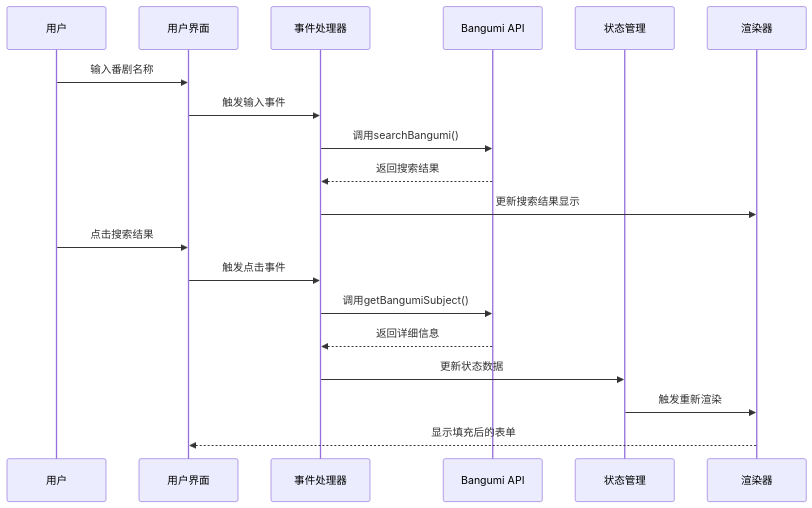
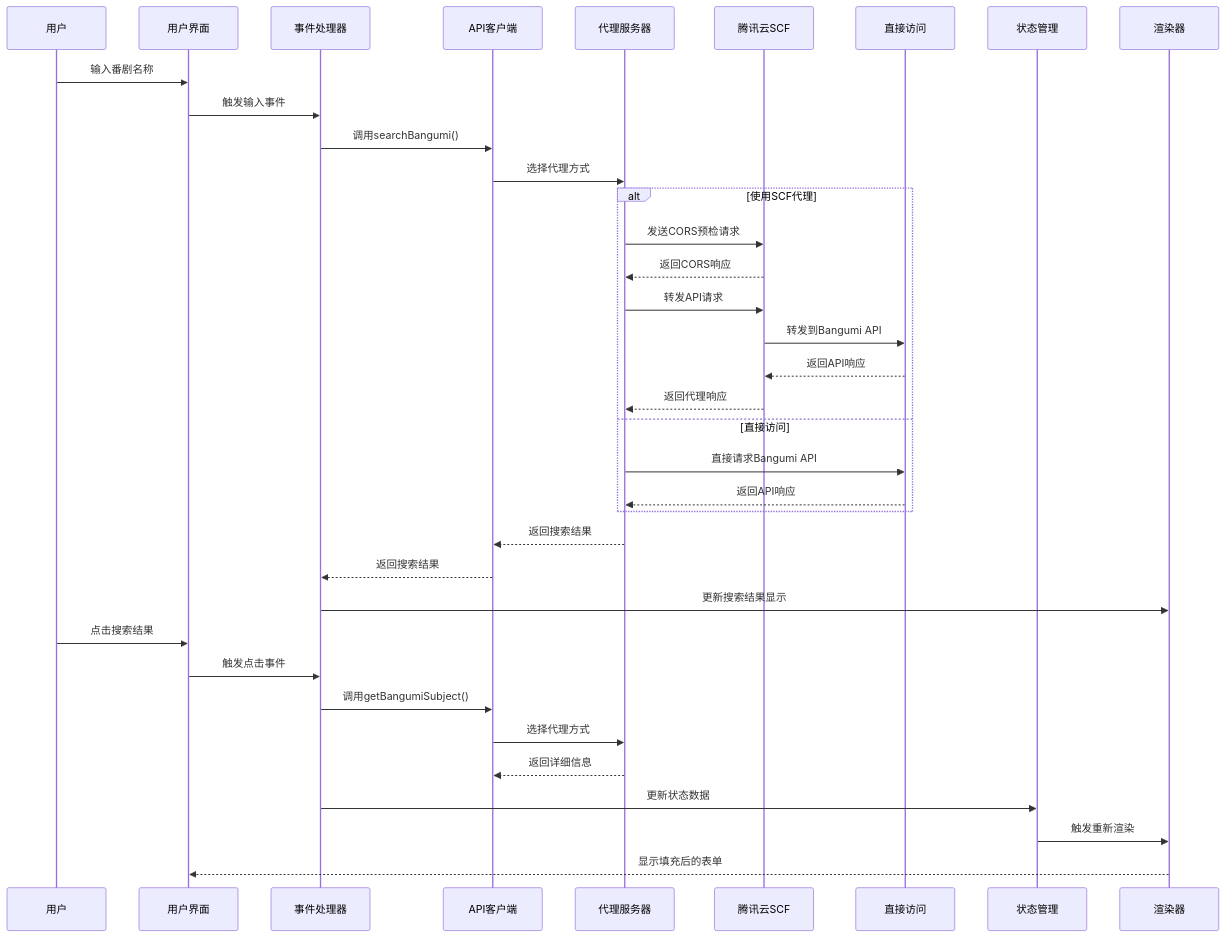
The second of 12 diagrams in .qoder/repowiki/zh/content/核心功能模块/Bangumi API集成.md (KAGUYA284/anima-list), drawn with Mermaid before and after one commit. The commit also changed other lines of this file and 17 other files, not shown here.

````diff
--- a/.qoder/repowiki/zh/content/核心功能模块/Bangumi API集成.md
+++ b/.qoder/repowiki/zh/content/核心功能模块/Bangumi API集成.md
@@ -109,21 +131,38 @@
 ```mermaid
 sequenceDiagram
 participant User as 用户
 participant UI as 用户界面
 participant Events as 事件处理器
-participant API as Bangumi API
+participant API as API客户端
+participant Proxy as 代理服务器
+participant SCF as 腾讯云SCF
+participant Direct as 直接访问
 participant Store as 状态管理
 participant Renderer as 渲染器
 User->>UI : 输入番剧名称
 UI->>Events : 触发输入事件
 Events->>API : 调用searchBangumi()
+API->>Proxy : 选择代理方式
+alt 使用SCF代理
+Proxy->>SCF : 发送CORS预检请求
+SCF-->>Proxy : 返回CORS响应
+Proxy->>SCF : 转发API请求
+SCF->>Direct : 转发到Bangumi API
+Direct-->>SCF : 返回API响应
+SCF-->>Proxy : 返回代理响应
+else 直接访问
+Proxy->>Direct : 直接请求Bangumi API
+Direct-->>Proxy : 返回API响应
+end
+Proxy-->>API : 返回搜索结果
 API-->>Events : 返回搜索结果
 Events->>Renderer : 更新搜索结果显示
 User->>UI : 点击搜索结果
 UI->>Events : 触发点击事件
 Events->>API : 调用getBangumiSubject()
-API-->>Events : 返回详细信息
+API->>Proxy : 选择代理方式
+Proxy-->>API : 返回详细信息
 Events->>Store : 更新状态数据
 Store->>Renderer : 触发重新渲染
 Renderer-->>UI : 显示填充后的表单
 ```
````
